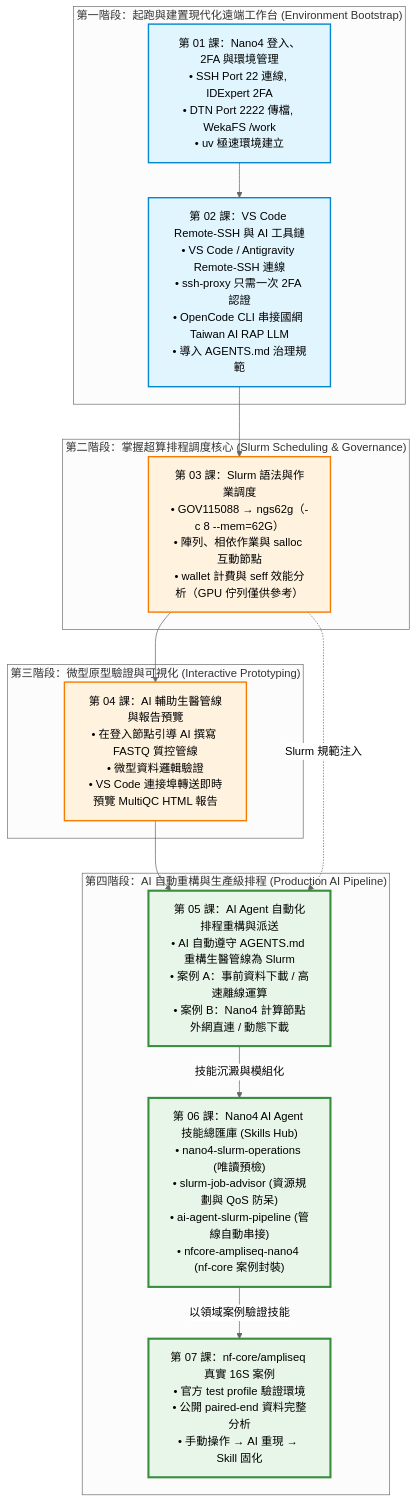
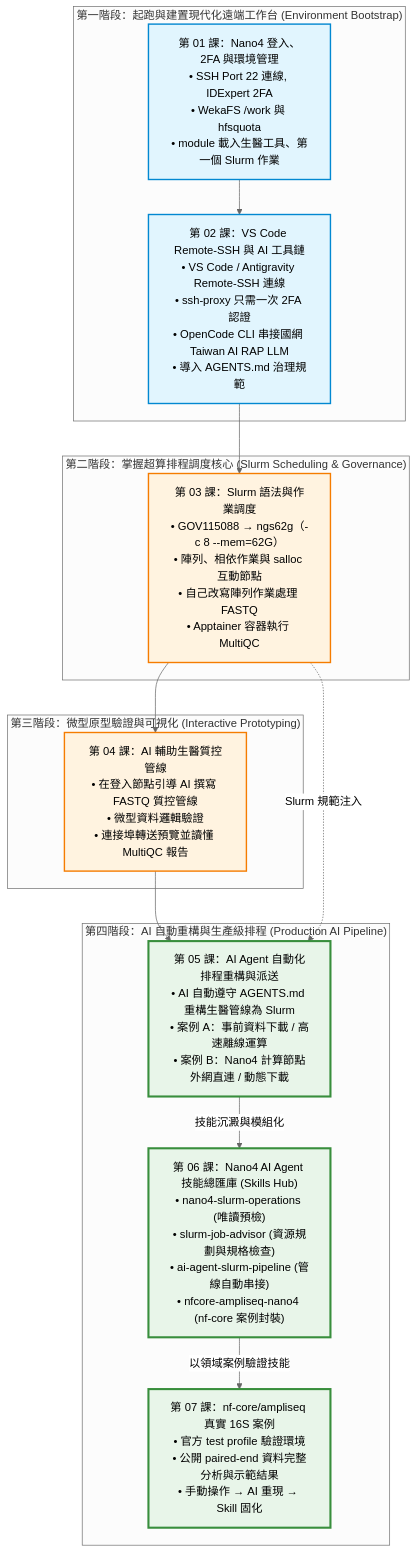
One commit to gemini960114/Nano4-Docs changed the first of 2 diagrams in README.md. Above: the diagram before and after it, drawn with Mermaid (neutral theme). The commit also changed other lines of this file and 15 other files, not shown here.

````diff
--- a/README.md
+++ b/README.md
@@ -41,36 +41,36 @@
 ```mermaid
 flowchart TD
     subgraph S1["第一階段：起跑與建置現代化遠端工作台 (Environment Bootstrap)"]
-        C1["第 01 課：Nano4 登入、2FA 與環境管理<br>• SSH Port 22 連線, IDExpert 2FA<br>• DTN Port 2222 傳檔, WekaFS /work<br>• uv 極速環境建立"]
+        C1["第 01 課：Nano4 登入、2FA 與環境管理<br>• SSH Port 22 連線, IDExpert 2FA<br>• WekaFS /work 與 hfsquota<br>• module 載入生醫工具、第一個 Slurm 作業"]
         C2["第 02 課：VS Code Remote-SSH 與 AI 工具鏈<br>• VS Code / Antigravity Remote-SSH 連線<br>• ssh-proxy 只需一次 2FA 認證<br>• OpenCode CLI 串接國網 Taiwan AI RAP LLM<br>• 導入 AGENTS.md 治理規範"]
         C1 --> C2
     end
 
     subgraph S2["第二階段：掌握超算排程調度核心 (Slurm Scheduling & Governance)"]
-        C3["第 03 課：Slurm 語法與作業調度<br>• GOV115088 → ngs62g（-c 8 --mem=62G）<br>• 陣列、相依作業與 salloc 互動節點<br>• wallet 計費與 seff 效能分析（GPU 佇列僅供參考）"]
+        C3["第 03 課：Slurm 語法與作業調度<br>• GOV115088 → ngs62g（-c 8 --mem=62G）<br>• 陣列、相依作業與 salloc 互動節點<br>• 自己改寫陣列作業處理 FASTQ<br>• Apptainer 容器執行 MultiQC"]
         C2 --> C3
     end
 
     subgraph S3["第三階段：微型原型驗證與可視化 (Interactive Prototyping)"]
-        C4["第 04 課：AI 輔助生醫管線與報告預覽<br>• 在登入節點引導 AI 撰寫 FASTQ 質控管線<br>• 微型資料邏輯驗證<br>• VS Code 連接埠轉送即時預覽 MultiQC HTML 報告"]
+        C4["第 04 課：AI 輔助生醫質控管線<br>• 在登入節點引導 AI 撰寫 FASTQ 質控管線<br>• 微型資料邏輯驗證<br>• 連接埠轉送預覽並讀懂 MultiQC 報告"]
         C3 --> C4
     end
 
     subgraph S4["第四階段：AI 自動重構與生產級排程 (Production AI Pipeline)"]
         C5["第 05 課：AI Agent 自動化排程重構與派送<br>• AI 自動遵守 AGENTS.md 重構生醫管線為 Slurm<br>• 案例 A：事前資料下載 / 高速離線運算<br>• 案例 B：Nano4 計算節點外網直連 / 動態下載"]
-        C6["第 06 課：Nano4 AI Agent 技能總匯庫 (Skills Hub)<br>• nano4-slurm-operations (唯讀預檢)<br>• slurm-job-advisor (資源規劃與 QoS 防呆)<br>• ai-agent-slurm-pipeline (管線自動串接)<br>• nfcore-ampliseq-nano4 (nf-core 案例封裝)"]
-        C7["第 07 課：nf-core/ampliseq 真實 16S 案例<br>• 官方 test profile 驗證環境<br>• 公開 paired-end 資料完整分析<br>• 手動操作 → AI 重現 → Skill 固化"]
+        C6["第 06 課：Nano4 AI Agent 技能總匯庫 (Skills Hub)<br>• nano4-slurm-operations (唯讀預檢)<br>• slurm-job-advisor (資源規劃與規格檢查)<br>• ai-agent-slurm-pipeline (管線自動串接)<br>• nfcore-ampliseq-nano4 (nf-core 案例封裝)"]
+        C7["第 07 課：nf-core/ampliseq 真實 16S 案例<br>• 官方 test profile 驗證環境<br>• 公開 paired-end 資料完整分析與示範結果<br>• 手動操作 → AI 重現 → Skill 固化"]
         C4 --> C5
         C3 -.->|Slurm 規範注入| C5
         C5 -->|技能沉澱與模組化| C6
         C6 -->|以領域案例驗證技能| C7
     end
 
     classDef primary fill:#e1f5fe,stroke:#0288d1,stroke-width:2px;
     classDef highlight fill:#fff3e0,stroke:#f57c00,stroke-width:2px;
     classDef capstone fill:#e8f5e9,stroke:#388e3c,stroke-width:3px;
 
     class C1,C2 primary;
     class C3,C4 highlight;
     class C5,C6,C7 capstone;
 ```
````
